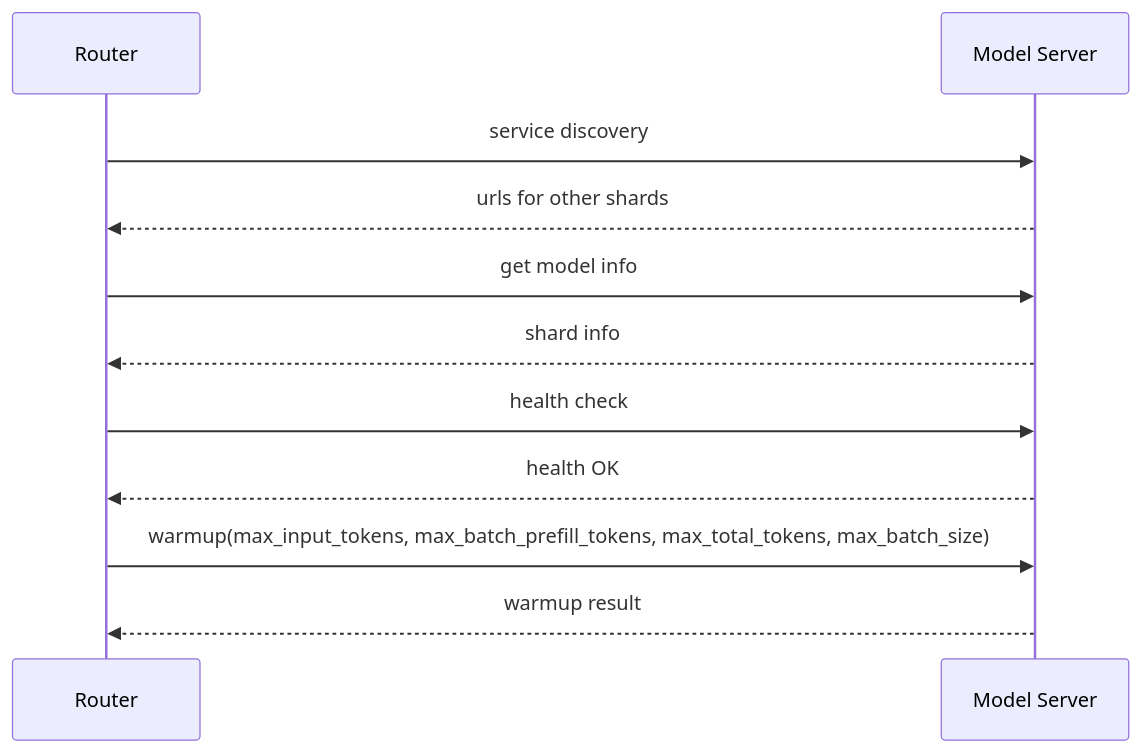
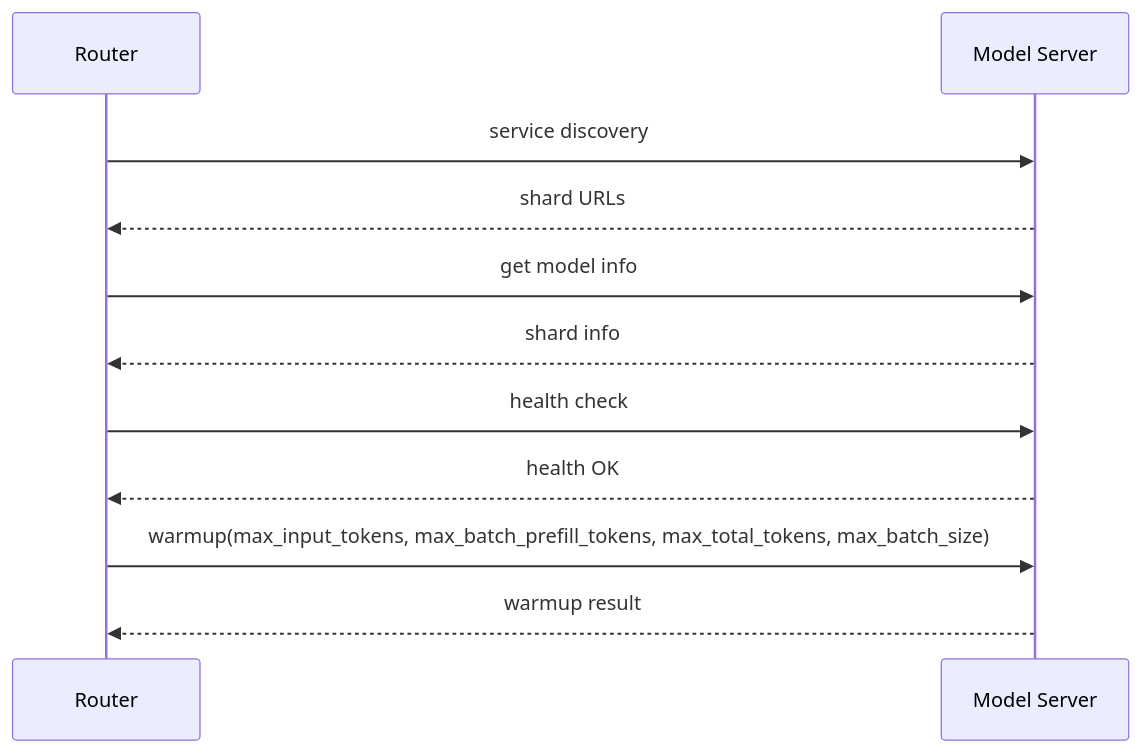
The first of 2 diagrams in docs/source/architecture.md (Ammar-Alnagar/Ember), drawn with Mermaid before and after one commit. The commit also changed other lines of this file and 22 other files, not shown here.

````diff
--- a/docs/source/architecture.md
+++ b/docs/source/architecture.md
@@ -163,15 +115,14 @@
 ```mermaid
 sequenceDiagram
-
     Router->>Model Server: service discovery
-    Model Server-->>Router: urls for other shards
+    Model Server-->>Router: shard URLs
 
     Router->>Model Server: get model info
     Model Server-->>Router: shard info
 
     Router->>Model Server: health check
     Model Server-->>Router: health OK
 
     Router->>Model Server: warmup(max_input_tokens, max_batch_prefill_tokens, max_total_tokens, max_batch_size)
     Model Server-->>Router: warmup result
 ```
````
